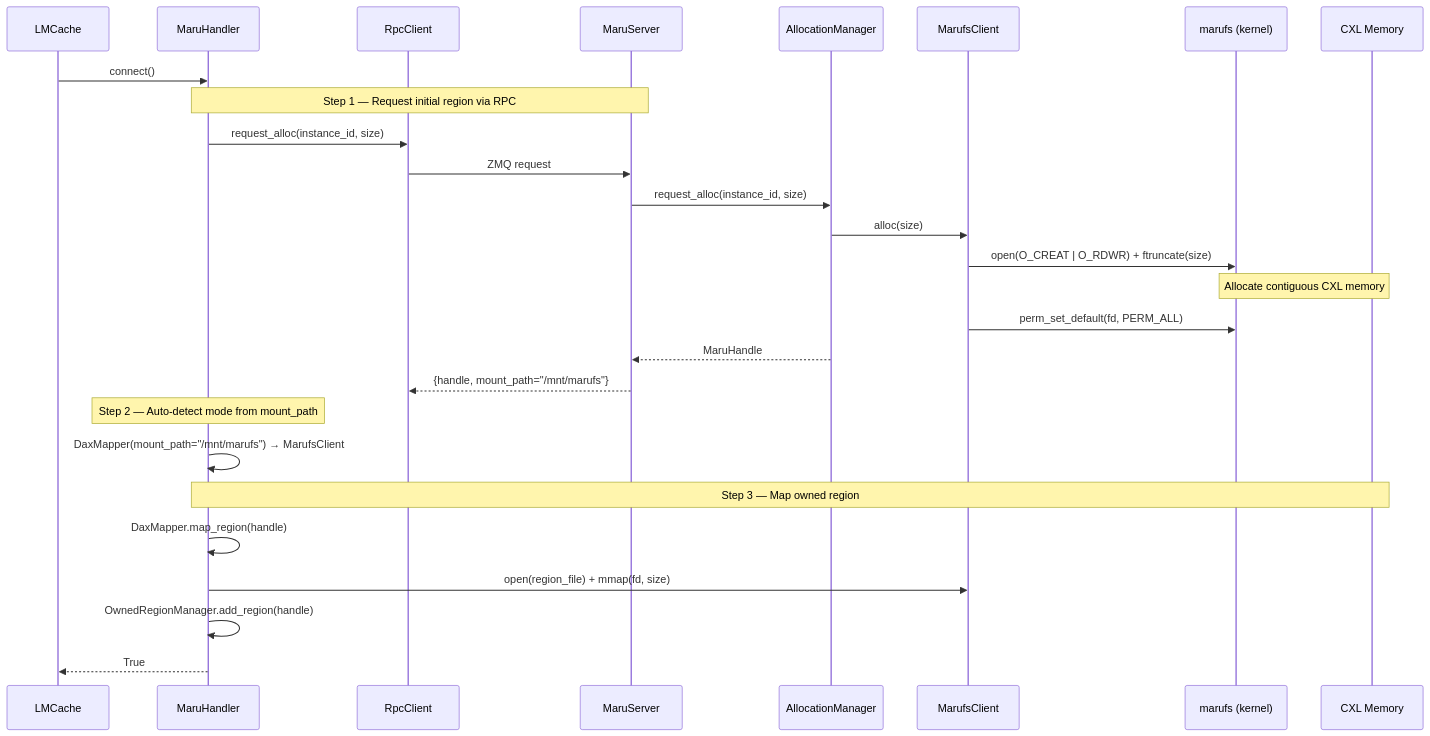
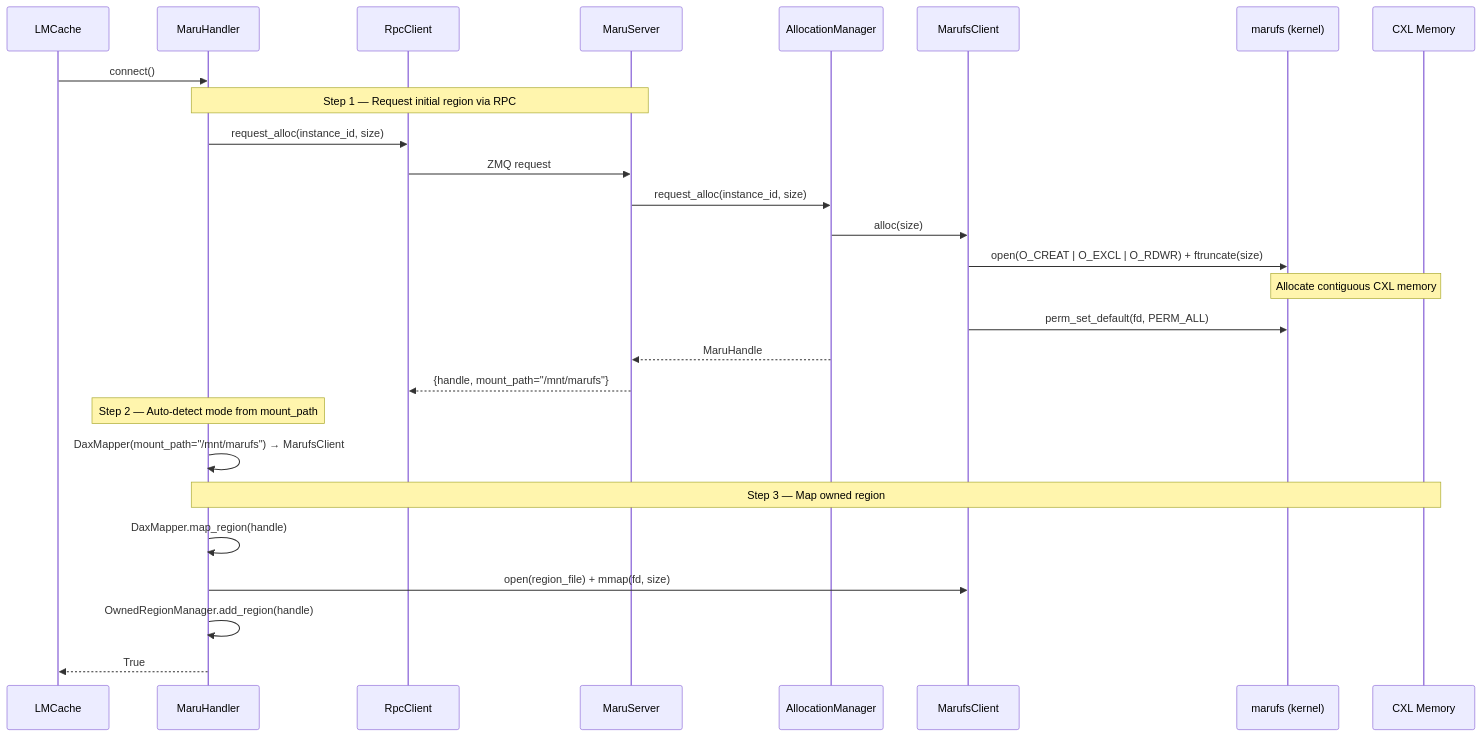
Before and after one commit to xcena-dev/maru: the third of 8 diagrams in docs/source/design_doc/maru_fs.md, drawn with Mermaid. The commit also changed other lines of this file and 1 other file, not shown here.

First line of the commit message:
docs: update design docs for UUID region naming, O_EXCL, mount validation

````diff
--- a/docs/source/design_doc/maru_fs.md
+++ b/docs/source/design_doc/maru_fs.md
@@ -105,34 +109,34 @@
 ```mermaid
 sequenceDiagram
     participant C as LMCache
     participant H as MaruHandler
     participant RPC as RpcClient
     participant S as MaruServer
     participant AM as AllocationManager
     participant XC as MarufsClient
     participant K as marufs (kernel)
     participant CXL as CXL Memory
 
     C->>H: connect()
 
     Note over H,S: Step 1 — Request initial region via RPC
     H->>RPC: request_alloc(instance_id, size)
     RPC->>S: ZMQ request
     S->>AM: request_alloc(instance_id, size)
     AM->>XC: alloc(size)
-    XC->>K: open(O_CREAT | O_RDWR) + ftruncate(size)
+    XC->>K: open(O_CREAT | O_EXCL | O_RDWR) + ftruncate(size)
     Note over K,CXL: Allocate contiguous CXL memory
     XC->>K: perm_set_default(fd, PERM_ALL)
     AM-->>S: MaruHandle
     S-->>RPC: {handle, mount_path="/mnt/marufs"}
 
     Note over H: Step 2 — Auto-detect mode from mount_path
     H->>H: DaxMapper(mount_path="/mnt/marufs") → MarufsClient
 
     Note over H,CXL: Step 3 — Map owned region
     H->>H: DaxMapper.map_region(handle)
     H->>XC: open(region_file) + mmap(fd, size)
     H->>H: OwnedRegionManager.add_region(handle)
 
     H-->>C: True
 ```
````
